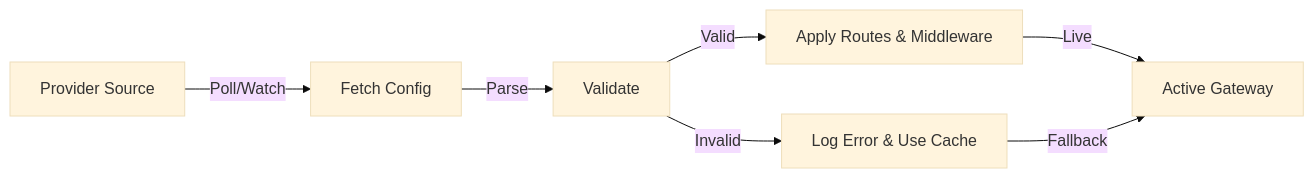
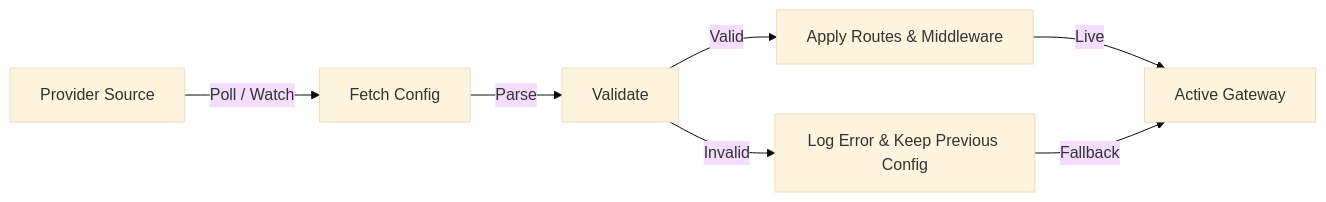
The diagram in docs/usermanual/providers.md (jkaninda/goma-gateway), drawn with Mermaid (base theme) before and after one commit. The commit also changed other lines of this file and 2 other files, not shown here.

`````diff
--- a/docs/usermanual/providers.md
+++ b/docs/usermanual/providers.md
@@ -39,9 +56,9 @@
 ```mermaid
 flowchart LR
-    A[Provider Source] -->|Poll/Watch| B[Fetch Config]
+    A[Provider Source] -->|Poll / Watch| B[Fetch Config]
     B -->|Parse| C[Validate]
     C -->|Valid| D[Apply Routes & Middleware]
-    C -->|Invalid| E[Log Error & Use Cache]
+    C -->|Invalid| E[Log Error & Keep Previous Config]
     D -->|Live| F[Active Gateway]
     E -->|Fallback| F
-```
+````
`````
